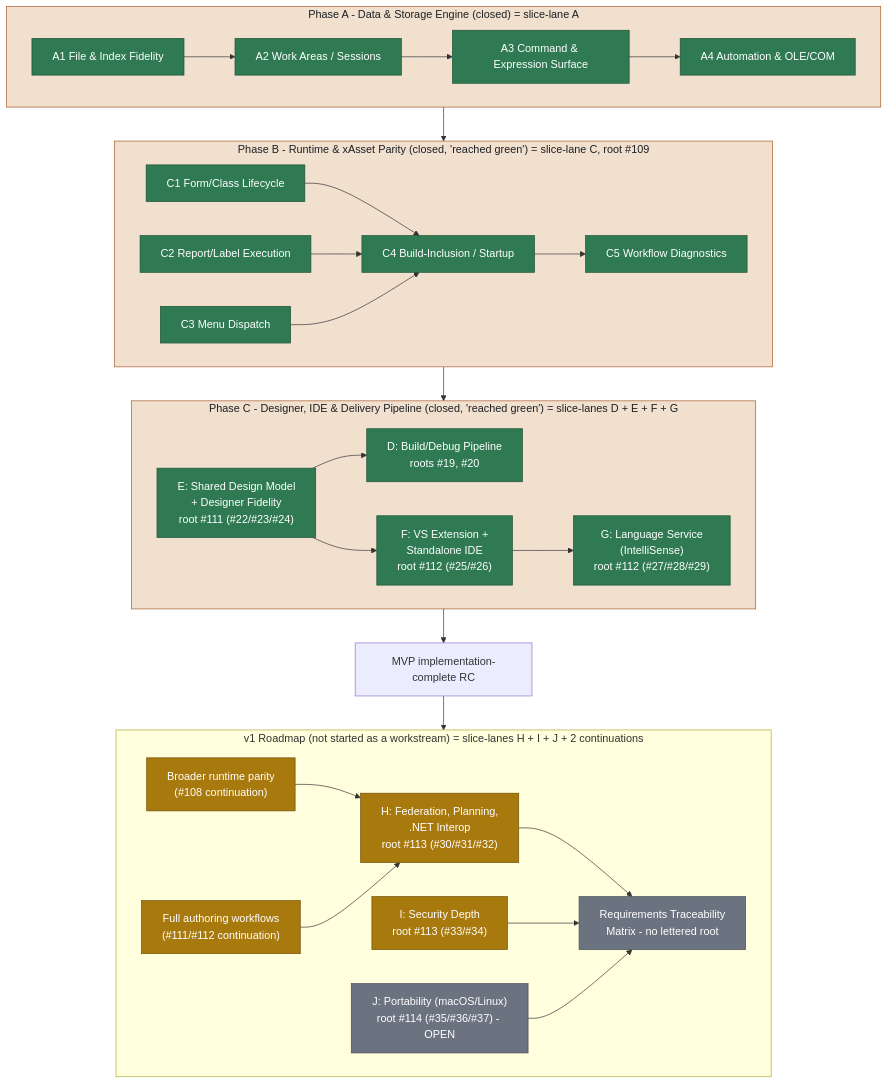
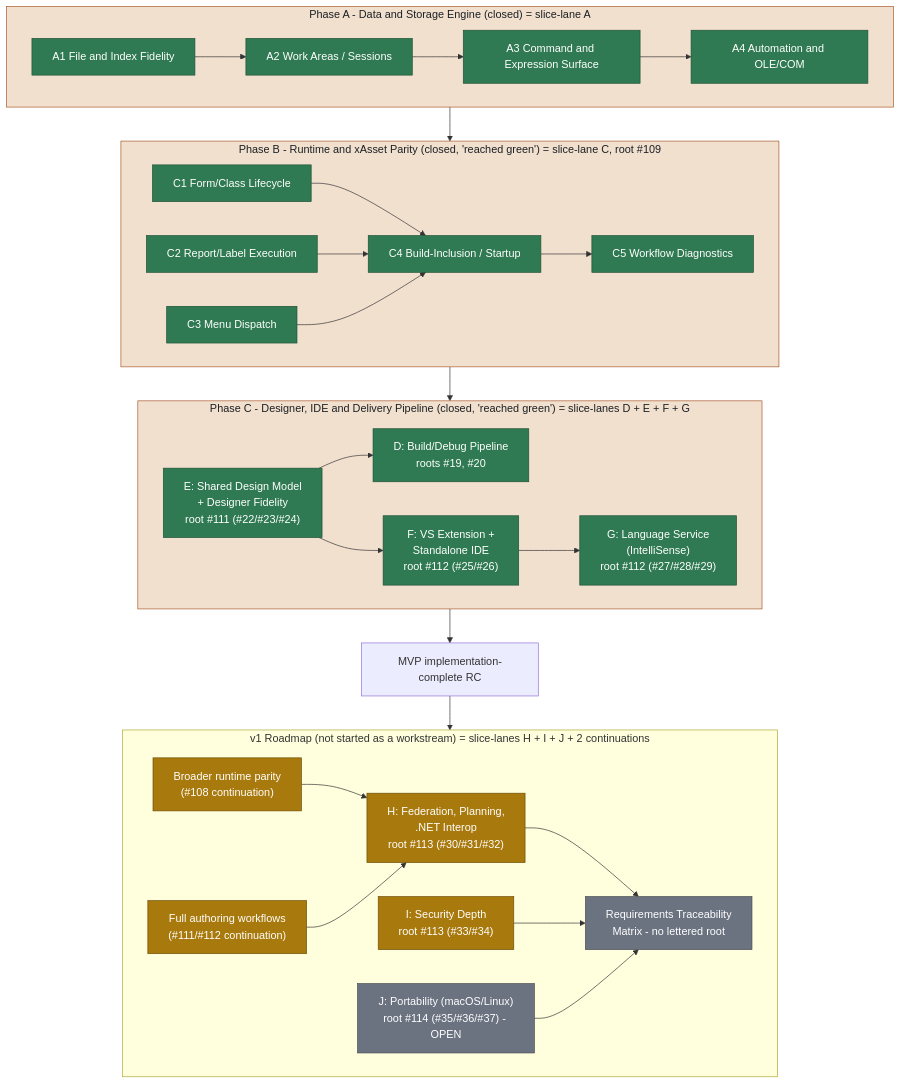
The third of 6 diagrams in docs/05-roadmap.md (rhamenator/Project-Copperfin), drawn with Mermaid before and after one commit. The commit also changed other lines of this file and 2 other files, not shown here.

Commit message:
Fix bare & and / in Mermaid labels breaking GitHub rendering
GitHub renders each Mermaid diagram into a sandboxed SVG iframe; a bare
& or / inside a node/class label or relationship label produces invalid
XML there and the diagram silently renders blank (no error shown).

- docs/05-roadmap.md: 7 bare & in flowchart node/subgraph labels
- docs/31-specification-compliance-gap-analysis.md: 2 bare & in subgraph titles
- docs/24-system-uml.md: 4 bare / in the aspirational diagrams relationship
  labels, missed by the earlier class-member fix

Verified by loading the live GitHub-rendered pages in a headless browser
before and after.

````diff
--- a/docs/05-roadmap.md
+++ b/docs/05-roadmap.md
@@ -394,66 +394,66 @@
 ```mermaid
 flowchart TD
     classDef done fill:#2f7a52,stroke:#1e5136,color:#ffffff,stroke-width:1px;
     classDef partial fill:#a8790c,stroke:#6e4f07,color:#ffffff,stroke-width:1px;
     classDef planned fill:#6b7280,stroke:#484d54,color:#ffffff,stroke-width:1px;
     classDef lane fill:#f2e0cf,stroke:#a85a2a,color:#1b2024,stroke-width:1px;
 
-    subgraph PA["Phase A - Data & Storage Engine (closed) = slice-lane A"]
+    subgraph PA["Phase A - Data and Storage Engine (closed) = slice-lane A"]
       direction LR
-      A1["A1 File & Index Fidelity"]
+      A1["A1 File and Index Fidelity"]
       A2["A2 Work Areas / Sessions"]
-      A3["A3 Command & Expression Surface"]
-      A4["A4 Automation & OLE/COM"]
+      A3["A3 Command and Expression Surface"]
+      A4["A4 Automation and OLE/COM"]
       A1 --> A2 --> A3 --> A4
     end
 
-    subgraph PB["Phase B - Runtime & xAsset Parity (closed, 'reached green') = slice-lane C, root #109"]
+    subgraph PB["Phase B - Runtime and xAsset Parity (closed, 'reached green') = slice-lane C, root #109"]
       direction LR
       C1["C1 Form/Class Lifecycle"]
       C2["C2 Report/Label Execution"]
       C3["C3 Menu Dispatch"]
       C4["C4 Build-Inclusion / Startup"]
       C5["C5 Workflow Diagnostics"]
       C1 --> C4
       C2 --> C4
       C3 --> C4
       C4 --> C5
     end
 
-    subgraph PC["Phase C - Designer, IDE & Delivery Pipeline (closed, 'reached green') = slice-lanes D + E + F + G"]
+    subgraph PC["Phase C - Designer, IDE and Delivery Pipeline (closed, 'reached green') = slice-lanes D + E + F + G"]
       direction LR
       D["D: Build/Debug Pipeline<br/>roots #19, #20"]
       E["E: Shared Design Model<br/>+ Designer Fidelity<br/>root #111 (#22/#23/#24)"]
       F["F: VS Extension +<br/>Standalone IDE<br/>root #112 (#25/#26)"]
       G["G: Language Service<br/>(IntelliSense)<br/>root #112 (#27/#28/#29)"]
       E --> F
       F --> G
       E --> D
     end
 
     MVP["MVP implementation-complete RC"]
 
     subgraph V1["v1 Roadmap (not started as a workstream) = slice-lanes H + I + J + 2 continuations"]
       direction LR
       RUNTIME["Broader runtime parity<br/>(#108 continuation)"]
       WORKFLOWS["Full authoring workflows<br/>(#111/#112 continuation)"]
       H["H: Federation, Planning,<br/>.NET Interop<br/>root #113 (#30/#31/#32)"]
       I["I: Security Depth<br/>root #113 (#33/#34)"]
       J["J: Portability (macOS/Linux)<br/>root #114 (#35/#36/#37) - OPEN"]
       TRACE["Requirements Traceability<br/>Matrix - no lettered root"]
       RUNTIME --> H
       WORKFLOWS --> H
       H --> TRACE
       I --> TRACE
       J --> TRACE
     end
 
     PA --> PB --> PC --> MVP --> V1
 
     class A1,A2,A3,A4,C1,C2,C3,C4,C5 done;
     class D,E,F,G done;
     class RUNTIME,WORKFLOWS partial;
     class H,I partial;
     class J,TRACE planned;
     class PA,PB,PC lane;
 ```
````
